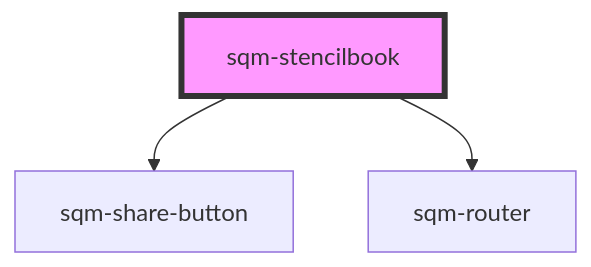
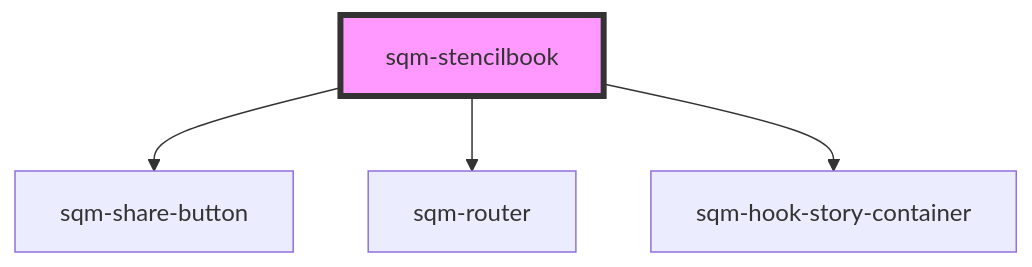
Before and after one commit to saasquatch/program-tools: the diagram in packages/mint-components/src/components/sqm-stencilbook/readme.md, drawn with Mermaid. The commit also changed other lines of this file and 8 other files, not shown here.

````diff
--- a/packages/mint-components/src/components/sqm-stencilbook/readme.md
+++ b/packages/mint-components/src/components/sqm-stencilbook/readme.md
@@ -16,6 +17,7 @@
 ```mermaid
 graph TD;
   sqm-stencilbook --> sqm-share-button
   sqm-stencilbook --> sqm-router
+  sqm-stencilbook --> sqm-hook-story-container
   style sqm-stencilbook fill:#f9f,stroke:#333,stroke-width:4px
 ```
````
